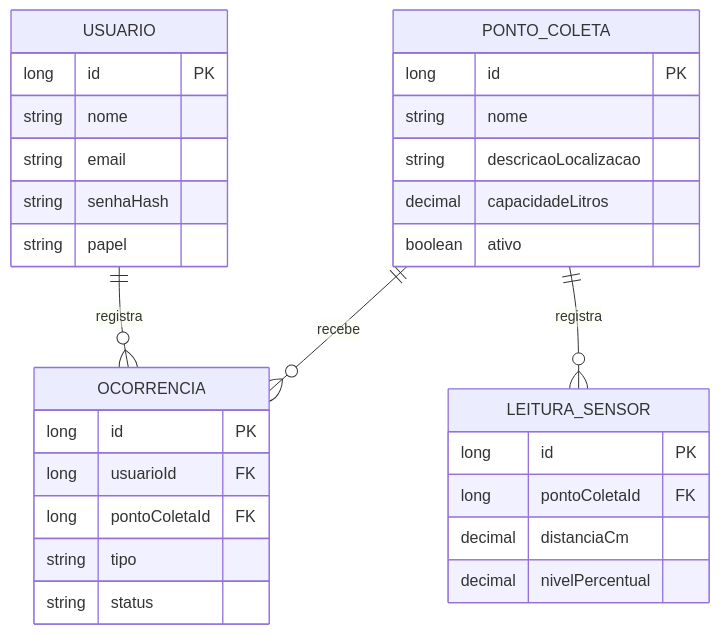
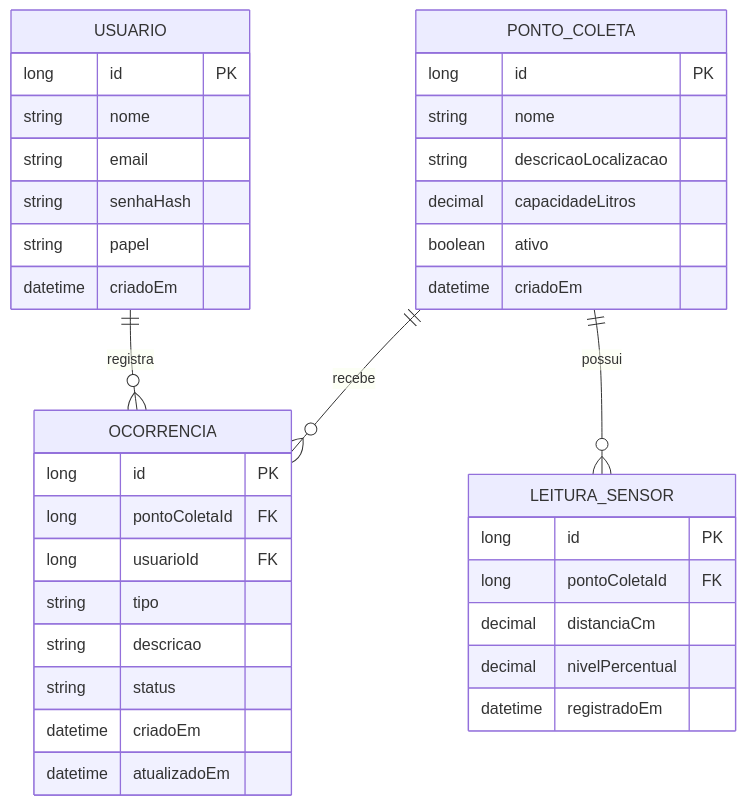
One commit to GustavoSiciliano/GlobalSolution_2026_Java changed the diagram in README.md. Above: the diagram before and after it, drawn with Mermaid. The commit also changed other lines of this file, not shown here.

````diff
--- a/README.md
+++ b/README.md
@@ -105,25 +160,43 @@
 ```mermaid
 erDiagram
     USUARIO ||--o{ OCORRENCIA : registra
     PONTO_COLETA ||--o{ OCORRENCIA : recebe
-    PONTO_COLETA ||--o{ LEITURA_SENSOR : registra
-    USUARIO { long id PK
-      string nome
-      string email
-      string senhaHash
-      string papel }
-    PONTO_COLETA { long id PK
-      string nome
-      string descricaoLocalizacao
-      decimal capacidadeLitros
-      boolean ativo }
-    LEITURA_SENSOR { long id PK
-      long pontoColetaId FK
-      decimal distanciaCm
-      decimal nivelPercentual }
-    OCORRENCIA { long id PK
-      long usuarioId FK
-      long pontoColetaId FK
-      string tipo
-      string status }
+    PONTO_COLETA ||--o{ LEITURA_SENSOR : possui
+
+    USUARIO {
+        long id PK
+        string nome
+        string email
+        string senhaHash
+        string papel
+        datetime criadoEm
+    }
+
+    PONTO_COLETA {
+        long id PK
+        string nome
+        string descricaoLocalizacao
+        decimal capacidadeLitros
+        boolean ativo
+        datetime criadoEm
+    }
+
+    LEITURA_SENSOR {
+        long id PK
+        long pontoColetaId FK
+        decimal distanciaCm
+        decimal nivelPercentual
+        datetime registradoEm
+    }
+
+    OCORRENCIA {
+        long id PK
+        long pontoColetaId FK
+        long usuarioId FK
+        string tipo
+        string descricao
+        string status
+        datetime criadoEm
+        datetime atualizadoEm
+    }
 ```
````
